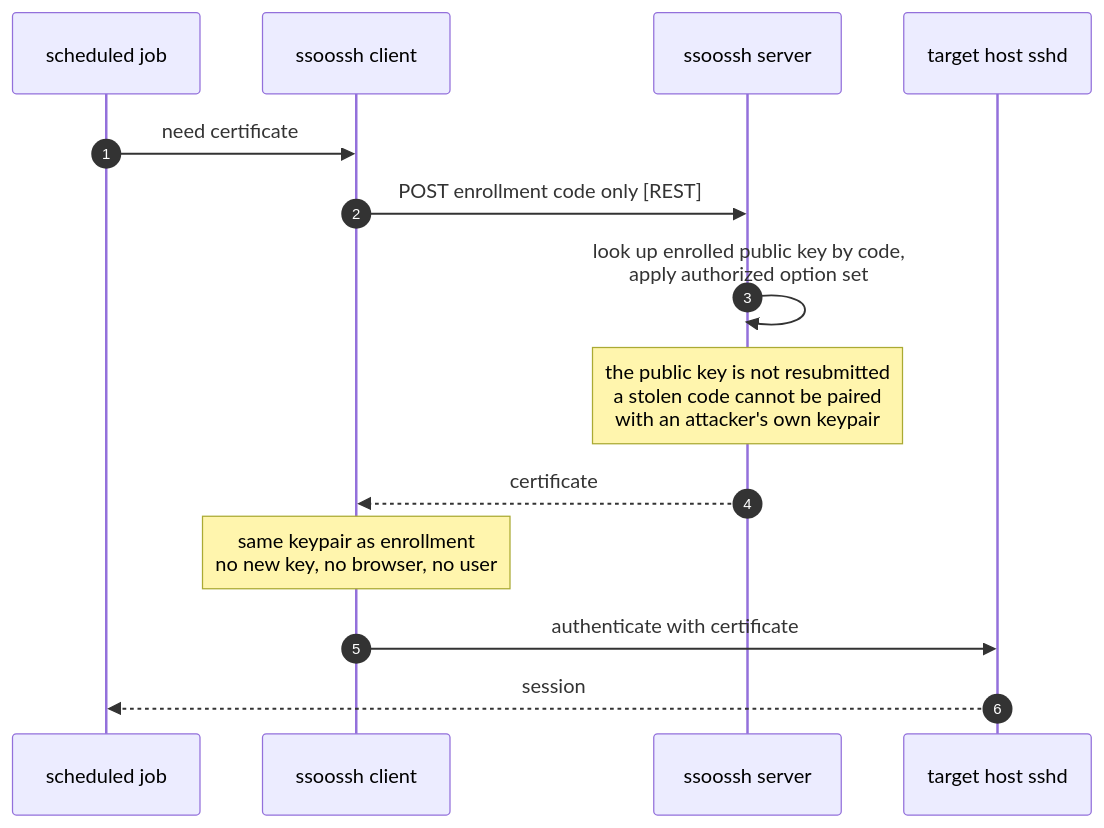
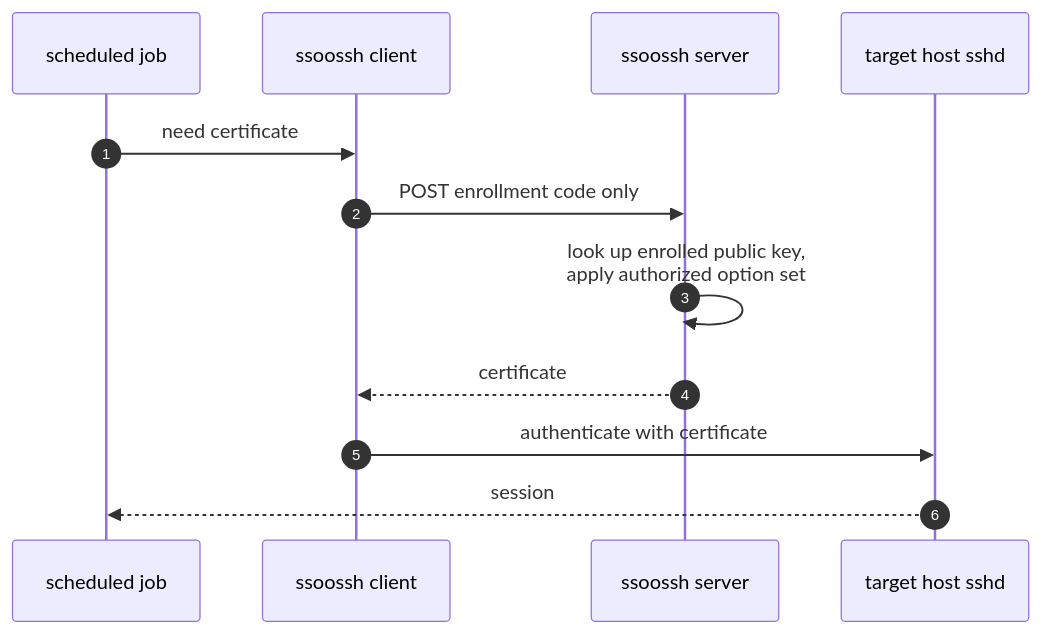
The ninth of 11 diagrams in docs/flows.md (mnestor/ssoossh), drawn with Mermaid before and after one commit. The commit also changed other lines of this file and 81 other files, not shown here.

````diff
--- a/docs/flows.md
+++ b/docs/flows.md
@@ -210,17 +213,15 @@
 ```mermaid
 sequenceDiagram
     autonumber
     participant Job as scheduled job
     participant Client as ssoossh client
     participant Server as ssoossh server
     participant Host as target host sshd
 
     Job->>Client: need certificate
-    Client->>Server: POST enrollment code only [REST]
-    Server->>Server: look up enrolled public key by code,<br/>apply authorized option set
-    Note over Server: the public key is not resubmitted<br/>a stolen code cannot be paired<br/>with an attacker's own keypair
+    Client->>Server: POST enrollment code only
+    Server->>Server: look up enrolled public key,<br/>apply authorized option set
     Server-->>Client: certificate
-    Note over Client: same keypair as enrollment<br/>no new key, no browser, no user
     Client->>Host: authenticate with certificate
     Host-->>Job: session
 ```
````
